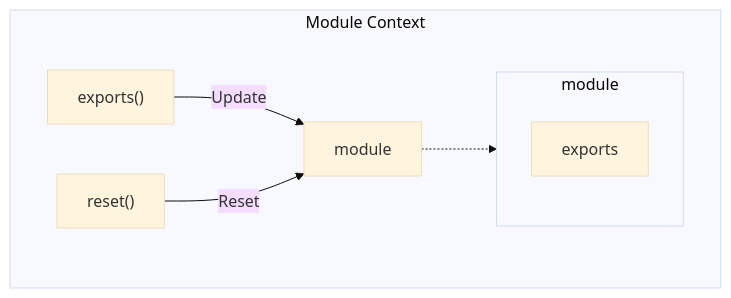
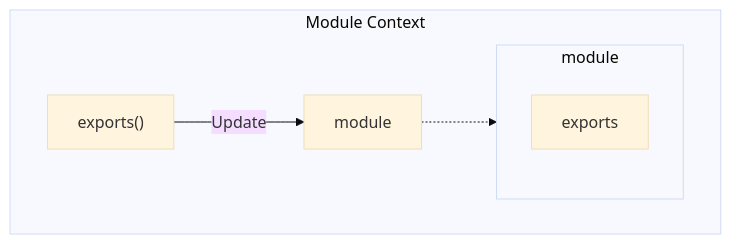
One commit to leegeunhyeok/global-modules changed the second of 2 diagrams in packages/runtime/SPECIFICATION.md. Above: the diagram before and after it, drawn with Mermaid (base theme). The commit also changed other lines of this file and 65 other files, not shown here.

````diff
--- a/packages/runtime/SPECIFICATION.md
+++ b/packages/runtime/SPECIFICATION.md
@@ -44,16 +49,14 @@
 ```mermaid
 flowchart
     subgraph Context["Module Context"]
     Exp["exports()"]
-    Rst["reset()"]
     Mod["module"]
 
         subgraph Module["module"]
         Exports["exports"]
         end
 
     Exp -- Update --> Mod
-    Rst -- Reset --> Mod
     Mod -.-> Module
     end
 ```
````
